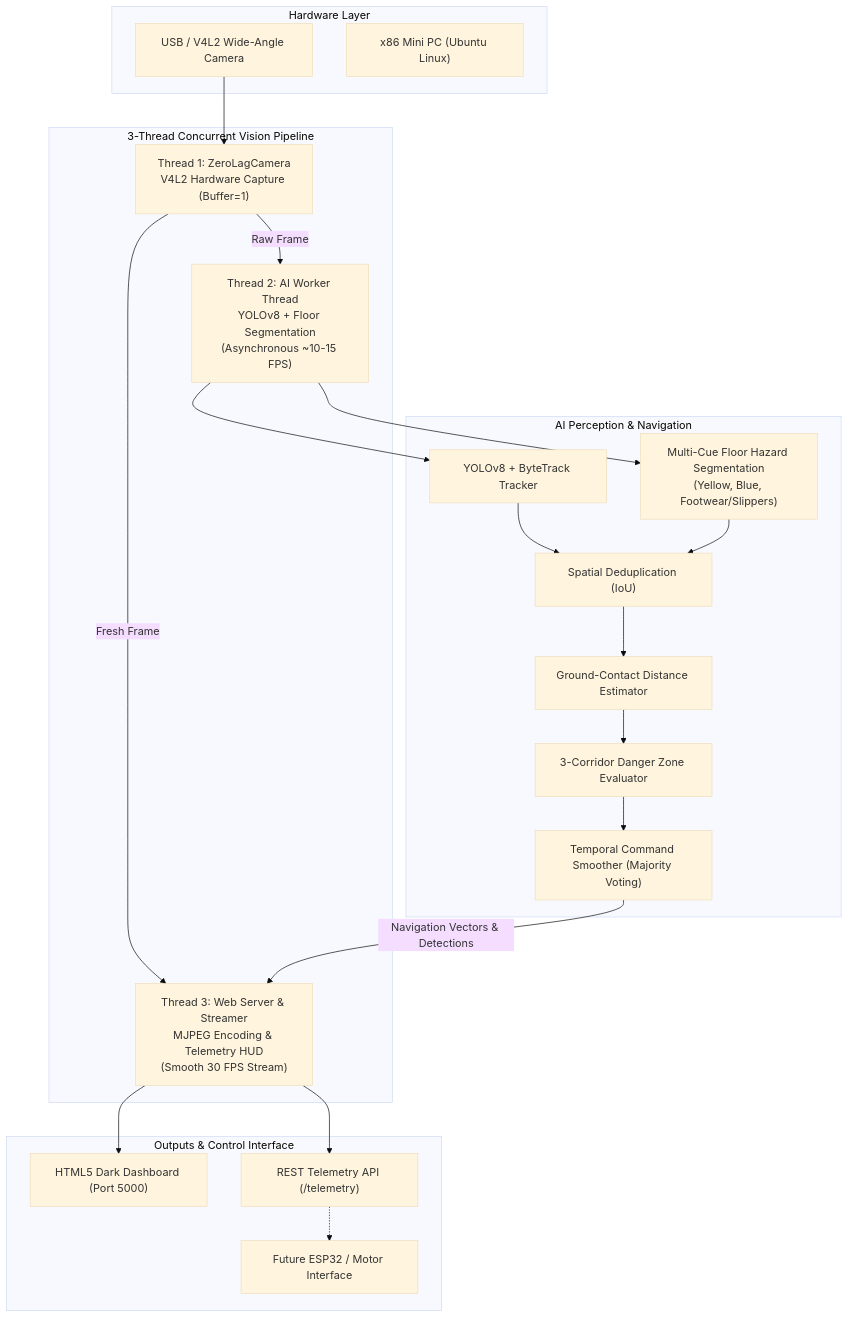
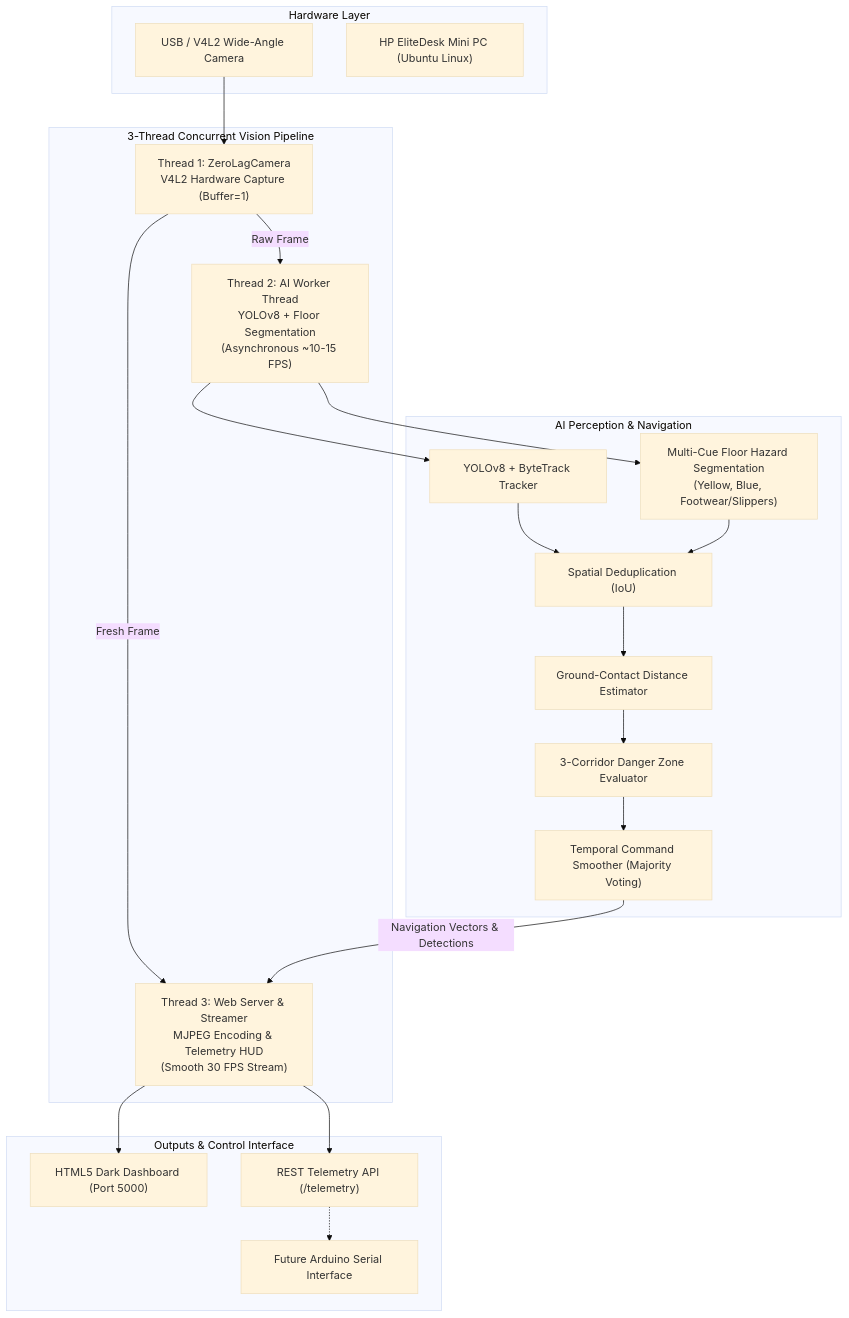
Before and after one commit to khairycse404/smart-wheelchair: the second of 2 diagrams in README.md, drawn with Mermaid (base theme). The commit also changed other lines of this file, not shown here.

Commit message:
Update README: Specify Arduino microcontroller and complete electric wheelchair with factory 24V 250W motors and joystick interface

````diff
--- a/README.md
+++ b/README.md
@@ -90,43 +104,43 @@
 ```mermaid
 flowchart TD
     subgraph Hardware ["Hardware Layer"]
         CAM["USB / V4L2 Wide-Angle Camera"]
-        PC["x86 Mini PC (Ubuntu Linux)"]
+        PC["HP EliteDesk Mini PC (Ubuntu Linux)"]
     end
 
     subgraph Pipeline ["3-Thread Concurrent Vision Pipeline"]
         T1["Thread 1: ZeroLagCamera\nV4L2 Hardware Capture (Buffer=1)"]
         T2["Thread 2: AI Worker Thread\nYOLOv8 + Floor Segmentation\n(Asynchronous ~10-15 FPS)"]
         T3["Thread 3: Web Server & Streamer\nMJPEG Encoding & Telemetry HUD\n(Smooth 30 FPS Stream)"]
     end
 
     subgraph Processing ["AI Perception & Navigation"]
         YOLO["YOLOv8 + ByteTrack Tracker"]
         FLOOR["Multi-Cue Floor Hazard Segmentation\n(Yellow, Blue, Footwear/Slippers)"]
         FUSE["Spatial Deduplication (IoU)"]
         DIST["Ground-Contact Distance Estimator"]
         ZONE["3-Corridor Danger Zone Evaluator"]
         SMOOTH["Temporal Command Smoother (Majority Voting)"]
     end
 
     subgraph Output ["Outputs & Control Interface"]
         WEB["HTML5 Dark Dashboard (Port 5000)"]
         API["REST Telemetry API (/telemetry)"]
-        MCU["Future ESP32 / Motor Interface"]
+        ARD["Future Arduino Serial Interface"]
     end
 
     CAM --> T1
     T1 -->|Raw Frame| T2
     T1 -->|Fresh Frame| T3
     T2 --> YOLO
     T2 --> FLOOR
     YOLO --> FUSE
     FLOOR --> FUSE
     FUSE --> DIST
     DIST --> ZONE
     ZONE --> SMOOTH
     SMOOTH -->|Navigation Vectors & Detections| T3
     T3 --> WEB
     T3 --> API
-    API -.-> MCU
+    API -.-> ARD
 ```
````
